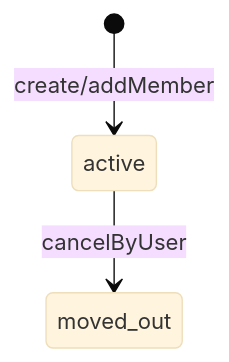
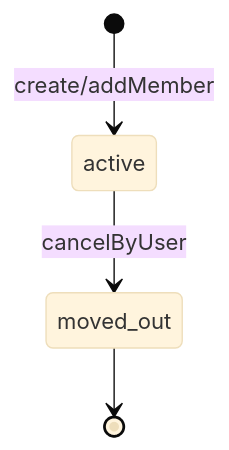
The eighth of 21 diagrams in documents/state-machine-catalog.md (klong-dev/IntelliServOps), drawn with Mermaid (base theme) before and after one commit. The commit also changed other lines of this file and 8 other files, not shown here.

````diff
--- a/documents/state-machine-catalog.md
+++ b/documents/state-machine-catalog.md
@@ -301,5 +311,6 @@
 ```mermaid
 stateDiagram-v2
     [*] --> active: create/addMember
     active --> moved_out: cancelByUser
+    moved_out --> [*]
 ```
````
